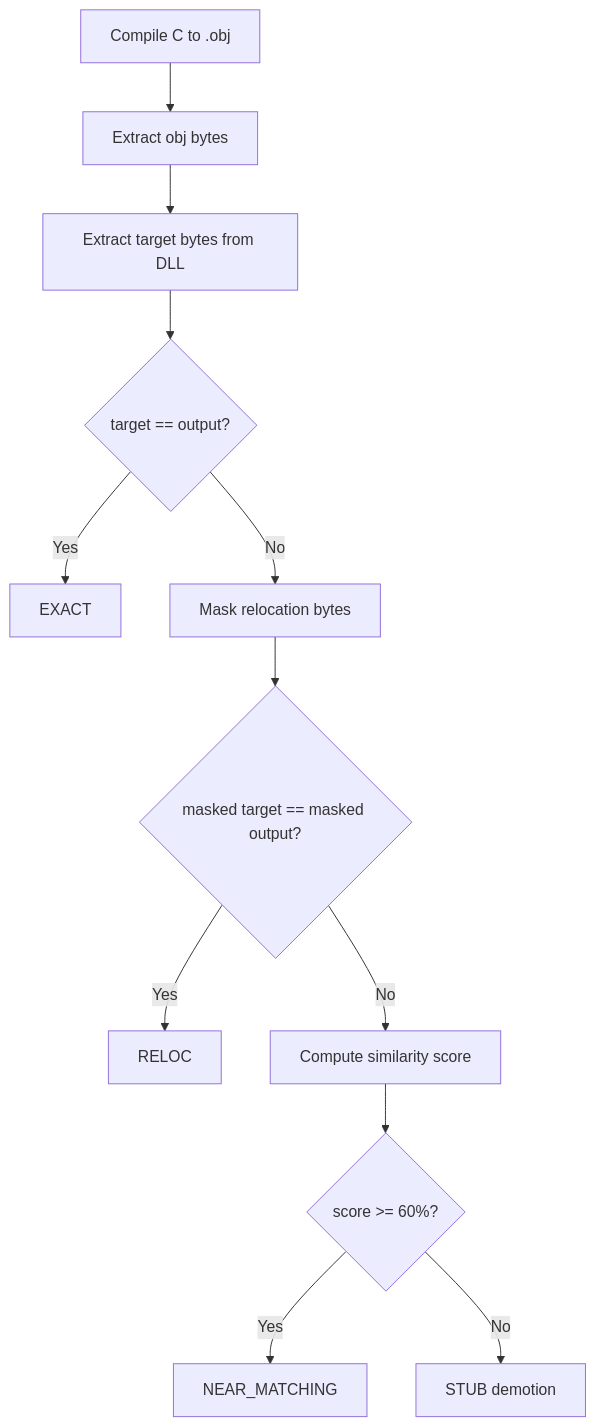
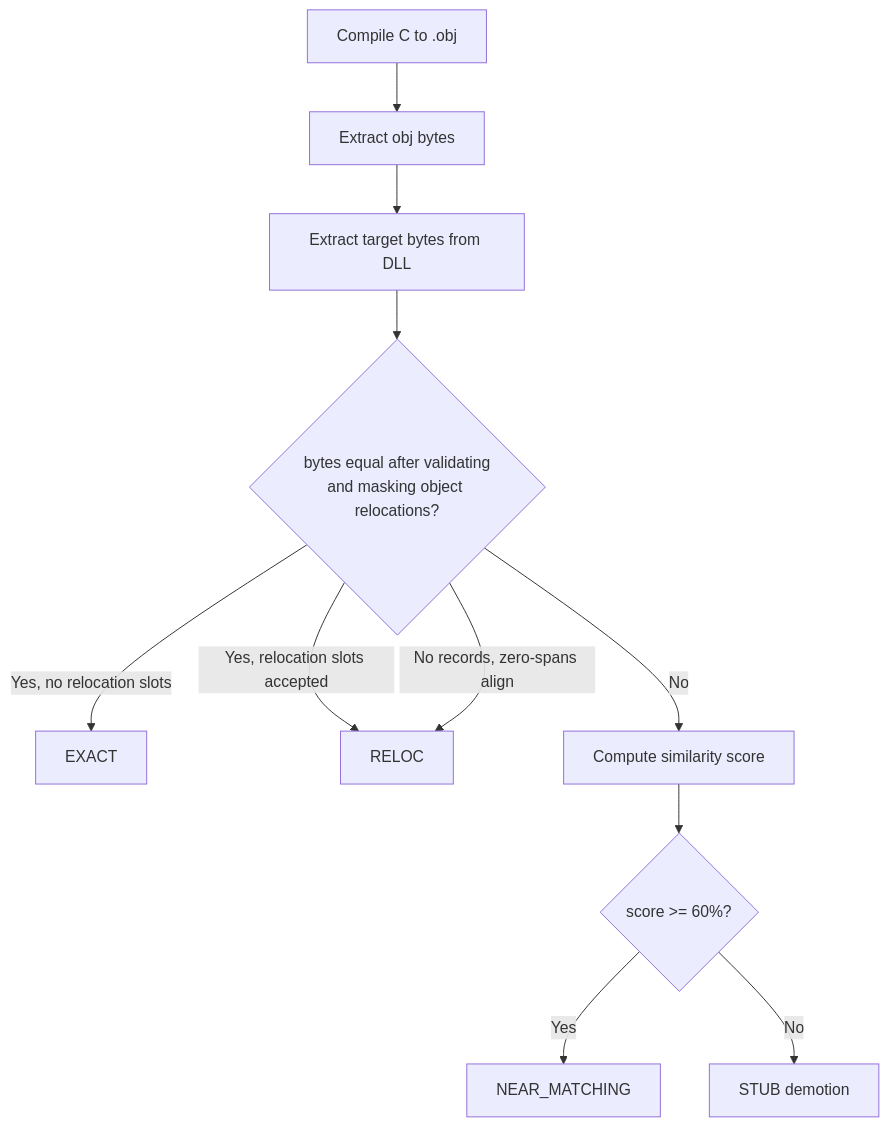
The diagram in docs/MATCH_TYPES.md (maci0/rebrew), drawn with Mermaid before and after one commit. The commit also changed other lines of this file and 89 other files, not shown here.

````diff
--- a/docs/MATCH_TYPES.md
+++ b/docs/MATCH_TYPES.md
@@ -230,14 +234,13 @@
 ```mermaid
 flowchart TD
     A[Compile C to .obj] --> B[Extract obj bytes]
     B --> C[Extract target bytes from DLL]
-    C --> D{target == output?}
-    D -- Yes --> E[EXACT]
-    D -- No --> F[Mask relocation bytes]
-    F --> G{masked target == masked output?}
-    G -- Yes --> H[RELOC]
-    G -- No --> I[Compute similarity score]
+    C --> D{bytes equal after validating<br/>and masking object relocations?}
+    D -- Yes, no relocation slots --> E[EXACT]
+    D -- Yes, relocation slots accepted --> H[RELOC]
+    D -- No records, zero-spans align --> H
+    D -- No --> I[Compute similarity score]
     I --> J{score >= 60%?}
     J -- Yes --> K[NEAR_MATCHING]
     J -- No --> L[STUB demotion]
 ```
````
